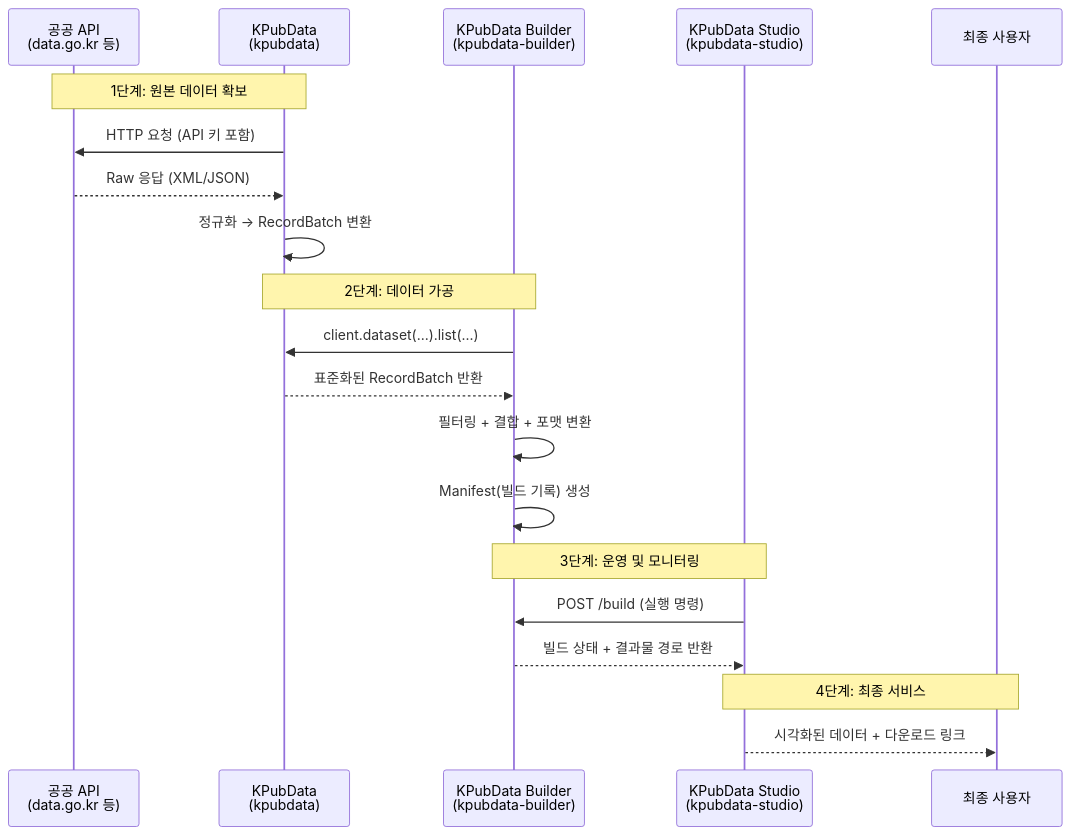
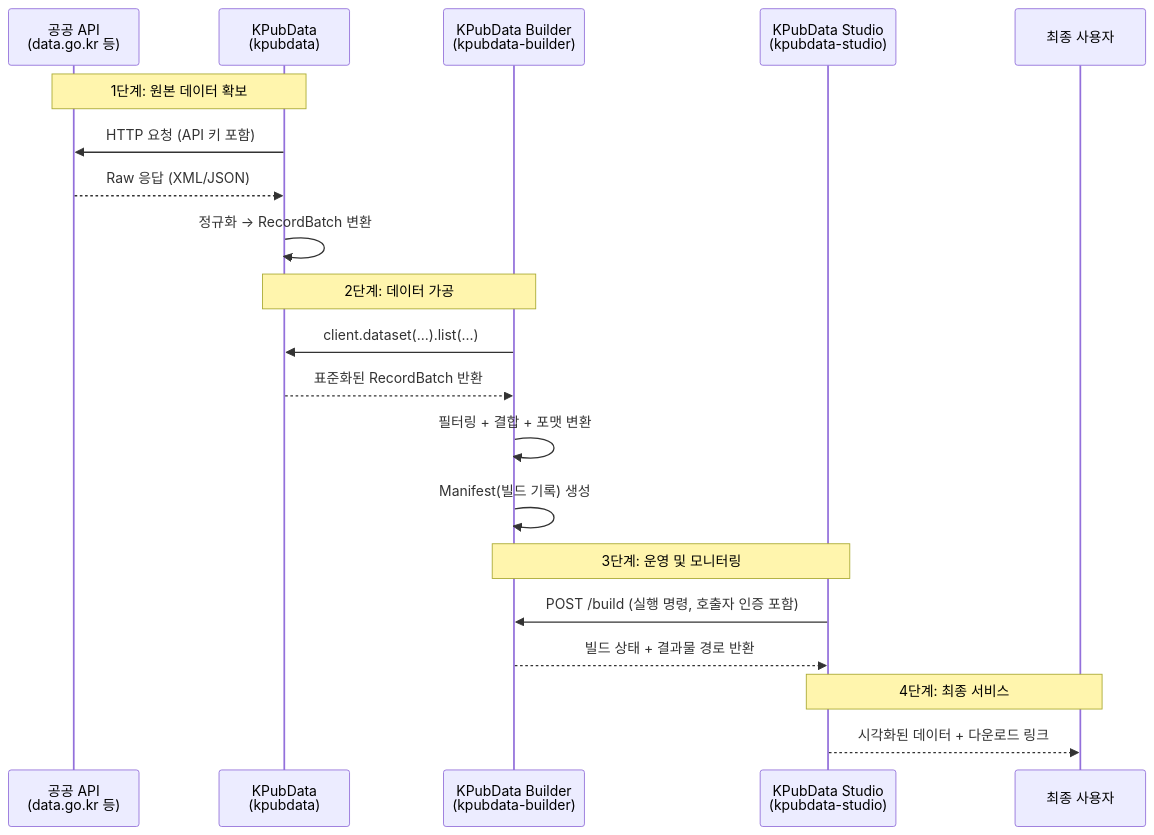
One commit to kpubdata-lab/kpubdata changed the second of 4 diagrams in docs/product-family-architecture.md. Above: the diagram before and after it, drawn with Mermaid. The commit also changed other lines of this file and 5 other files, not shown here.

First line of the commit message:
docs: align SDK architecture and compatibility guidance with version 0.9 (#856)

````diff
--- a/docs/product-family-architecture.md
+++ b/docs/product-family-architecture.md
@@ -86,26 +86,26 @@
 ```mermaid
 sequenceDiagram
     participant P as 공공 API<br/>(data.go.kr 등)
     participant C as KPubData<br/>(kpubdata)
     participant B as KPubData Builder<br/>(kpubdata-builder)
     participant S as KPubData Studio<br/>(kpubdata-studio)
     participant U as 최종 사용자
 
     Note over P, C: 1단계: 원본 데이터 확보
     C->>P: HTTP 요청 (API 키 포함)
     P-->>C: Raw 응답 (XML/JSON)
     C->>C: 정규화 → RecordBatch 변환
 
     Note over C, B: 2단계: 데이터 가공
     B->>C: client.dataset(...).list(...)
     C-->>B: 표준화된 RecordBatch 반환
     B->>B: 필터링 + 결합 + 포맷 변환
     B->>B: Manifest(빌드 기록) 생성
 
     Note over B, S: 3단계: 운영 및 모니터링
-    S->>B: POST /build (실행 명령)
+    S->>B: POST /build (실행 명령, 호출자 인증 포함)
     B-->>S: 빌드 상태 + 결과물 경로 반환
 
     Note over S, U: 4단계: 최종 서비스
     S-->>U: 시각화된 데이터 + 다운로드 링크
 ```
````
